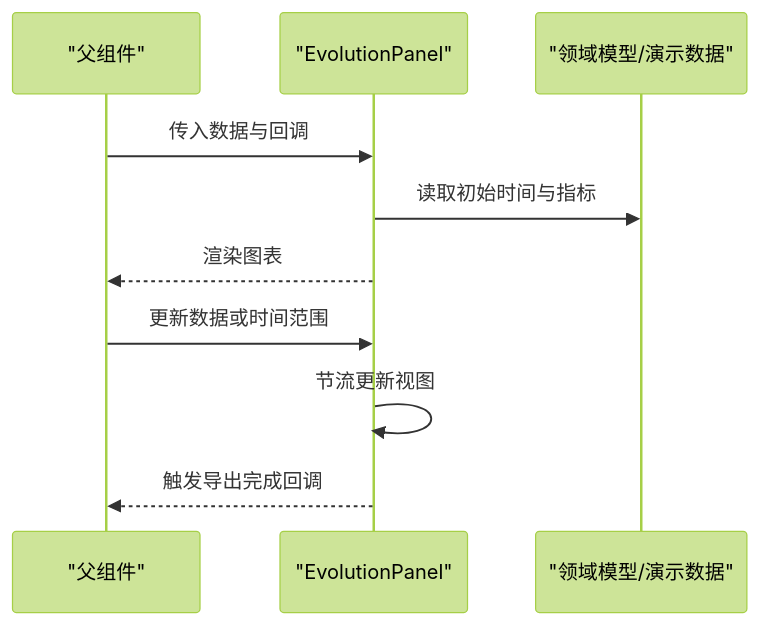
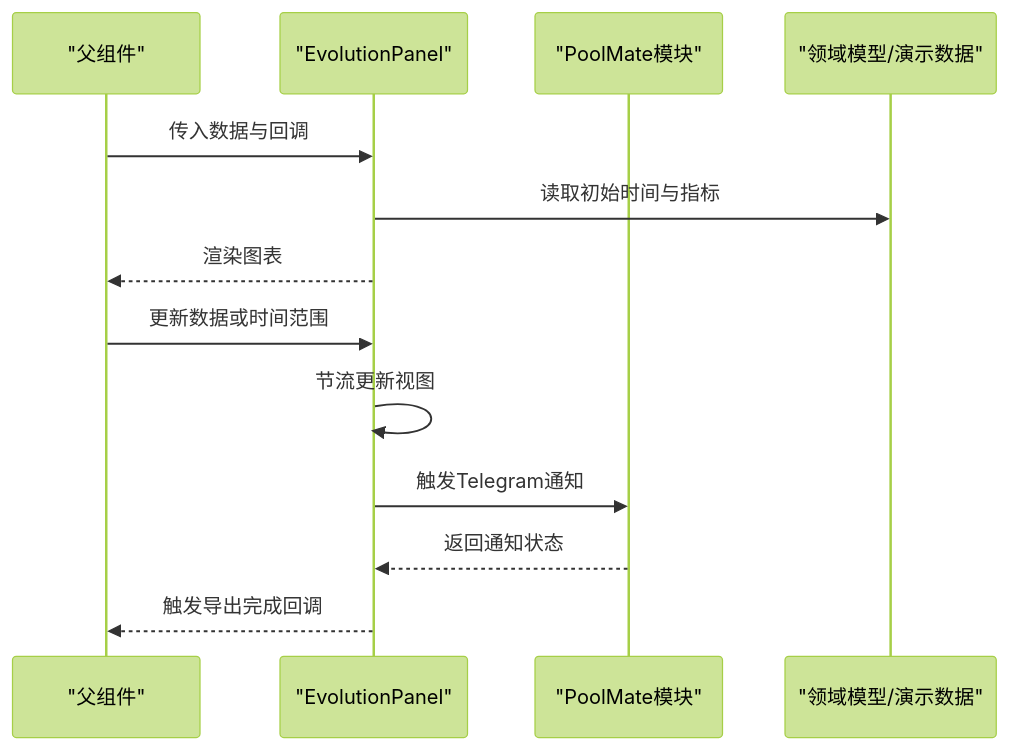
The third of 6 diagrams in .qoder/repowiki/zh/content/核心组件/核心组件.md (Maki3991/study-PactLedger), drawn with Mermaid (forest theme) before and after one commit. The commit also changed other lines of this file and 8 other files, not shown here.

````diff
--- a/.qoder/repowiki/zh/content/核心组件/核心组件.md
+++ b/.qoder/repowiki/zh/content/核心组件/核心组件.md
@@ -223,12 +185,15 @@
 ```mermaid
 sequenceDiagram
 participant Parent as "父组件"
 participant Panel as "EvolutionPanel"
+participant PoolMate as "PoolMate模块"
 participant Data as "领域模型/演示数据"
 Parent->>Panel : 传入数据与回调
 Panel->>Data : 读取初始时间与指标
 Panel-->>Parent : 渲染图表
 Parent->>Panel : 更新数据或时间范围
 Panel->>Panel : 节流更新视图
+Panel->>PoolMate : 触发Telegram通知
+PoolMate-->>Panel : 返回通知状态
 Panel-->>Parent : 触发导出完成回调
 ```
````
